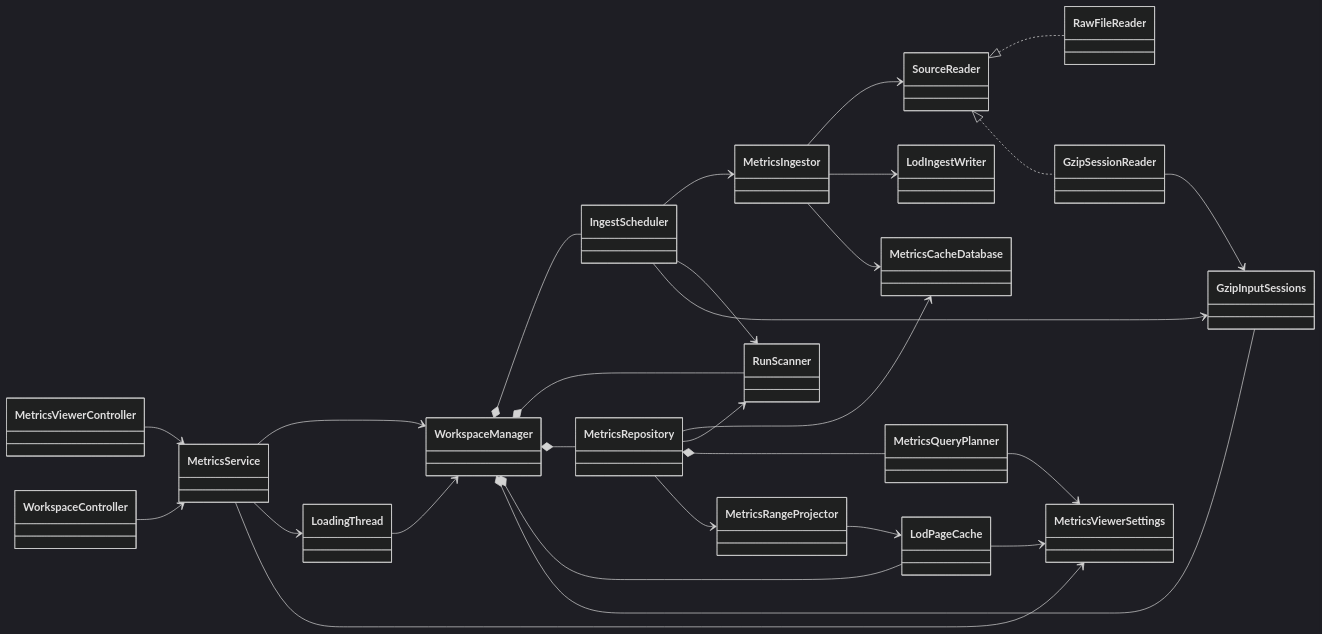
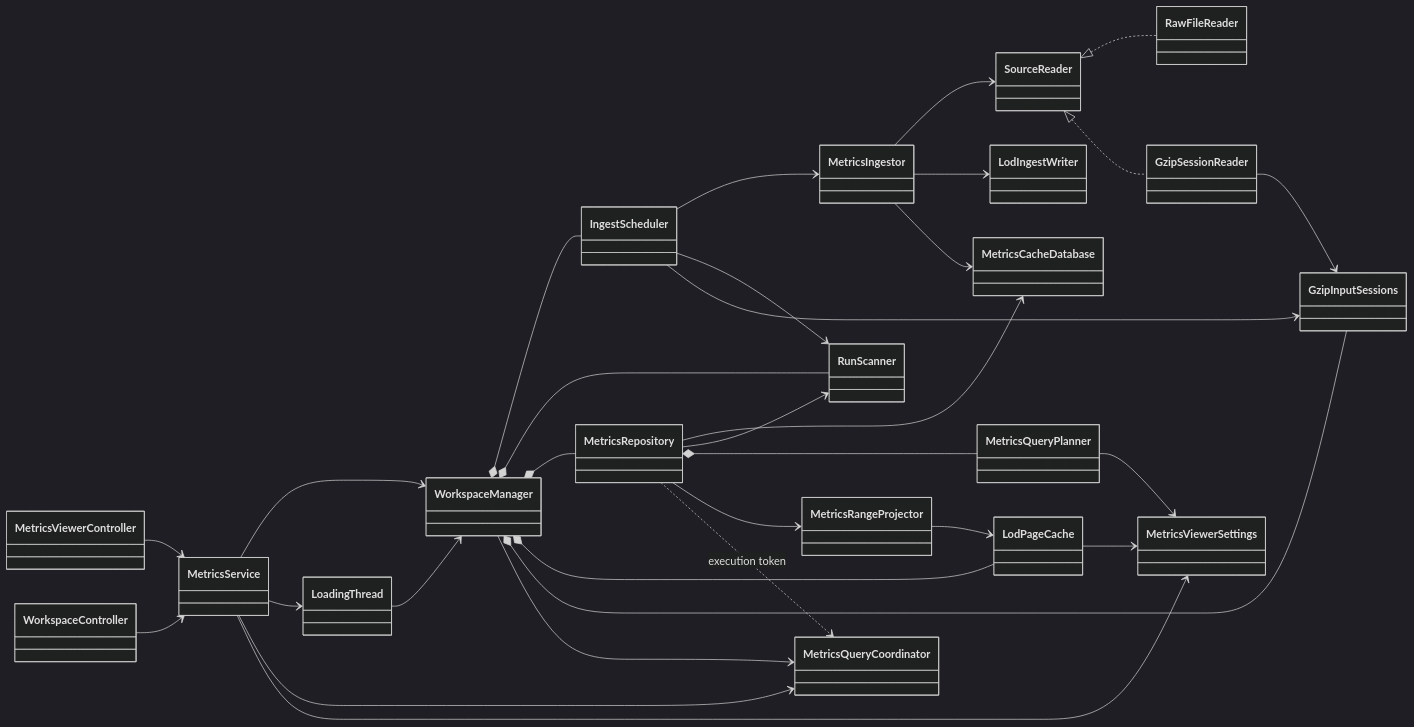
Before and after one commit to kazukin123/anet-lab: the second of 5 diagrams in docs/design/210_metrics_viewer.jp.md, drawn with Mermaid (dark theme). The commit also changed other lines of this file and 24 other files, not shown here.

````diff
--- a/docs/design/210_metrics_viewer.jp.md
+++ b/docs/design/210_metrics_viewer.jp.md
@@ -303,53 +304,57 @@
 ```mermaid
 classDiagram
 direction LR
 
 class LoadingThread
 class WorkspaceManager
 class IngestScheduler
 class MetricsIngestor
 class SourceReader
 class RawFileReader
 class GzipSessionReader
 class GzipInputSessions
 class LodIngestWriter
 class MetricsCacheDatabase
 class RunScanner
 class MetricsService
+class MetricsQueryCoordinator
 class MetricsRepository
 class MetricsQueryPlanner
 class MetricsRangeProjector
 class LodPageCache
 class MetricsViewerController
 class WorkspaceController
 class MetricsViewerSettings
 
 LoadingThread --> WorkspaceManager
 WorkspaceManager *-- IngestScheduler
 WorkspaceManager *-- RunScanner
 WorkspaceManager *-- MetricsRepository
 WorkspaceManager *-- LodPageCache
 WorkspaceManager *-- GzipInputSessions
 IngestScheduler --> MetricsIngestor
 IngestScheduler --> RunScanner
 IngestScheduler --> GzipInputSessions
 MetricsIngestor --> SourceReader
 MetricsIngestor --> LodIngestWriter
 MetricsIngestor --> MetricsCacheDatabase
 SourceReader <|.. RawFileReader
 SourceReader <|.. GzipSessionReader
 GzipSessionReader --> GzipInputSessions
 
 MetricsViewerController --> MetricsService
 WorkspaceController --> MetricsService
 MetricsService --> WorkspaceManager
 MetricsService --> LoadingThread
+MetricsService --> MetricsQueryCoordinator
+WorkspaceManager --> MetricsQueryCoordinator
 MetricsRepository --> MetricsCacheDatabase
 MetricsRepository --> RunScanner
 MetricsRepository *-- MetricsQueryPlanner
 MetricsRepository --> MetricsRangeProjector
+MetricsRepository ..> MetricsQueryCoordinator : execution token
 MetricsRangeProjector --> LodPageCache
 MetricsService --> MetricsViewerSettings
 MetricsQueryPlanner --> MetricsViewerSettings
 LodPageCache --> MetricsViewerSettings
 ```
````
